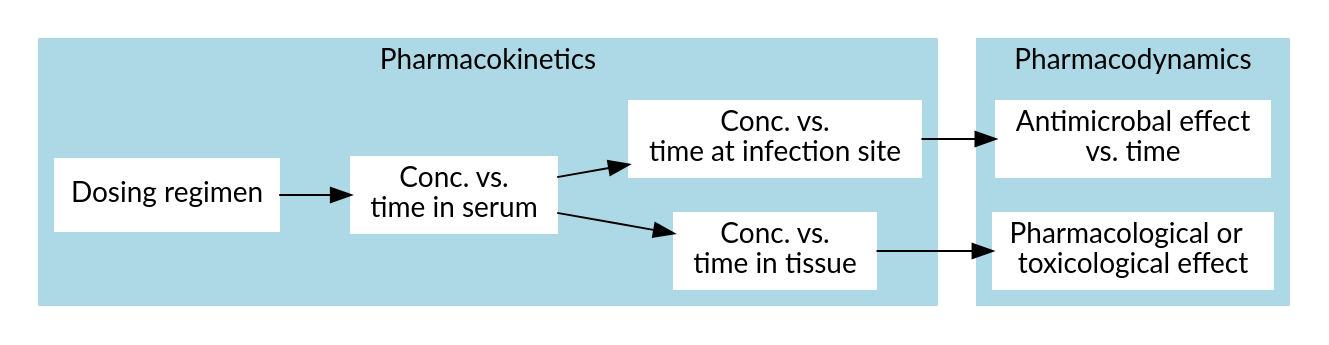
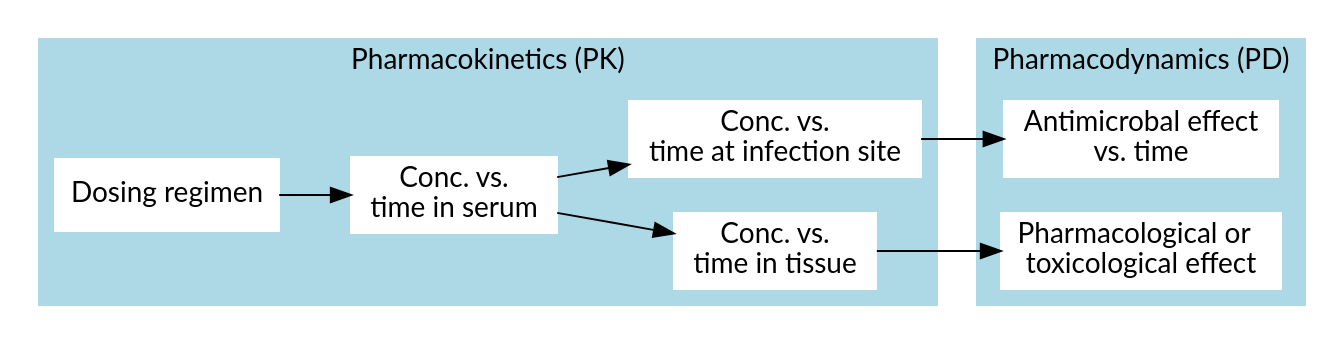
The third of 3 diagrams in Lecture1.qmd (Russlewisbo/antibioticprinciples), drawn with Graphviz before and after one commit. The commit also changed 2 other files, not shown here.

Commit message:
revision

````diff
--- a/Lecture1.qmd
+++ b/Lecture1.qmd
@@ -105,37 +105,42 @@
 ```{dot}
 digraph G {
  	rankdir=LR
  	fontname="Lato,Arial,sans-serif"
 	node [fontname="Lato,Arial,sans-serif"]
 	edge [fontname="Lato,Arial,sans-serif"]
  
   subgraph cluster_0 {
     style=filled;
     color=lightblue;
     node [style=filled,color=white];
     start -> dosing;
     dosing -> tissue;
     dosing -> infection;
-    label = "Pharmacokinetics";
+    label = "Pharmacokinetics (PK)";
+    graph [labelloc=a]
+    
+    
     
   }
   
     subgraph cluster_1 {
     line=black;
     style=filled;
     color=lightblue;
     node [style=filled,color=white];
   tissue->PD1
     infection-> PD2;
-    label = "Pharmacodynamics";
+    label = "Pharmacodynamics (PD)";
   }
   
  
   start [shape=Box, label="Dosing regimen"];
   dosing [shape=rectangle, style=filled,color=white, label="Conc. vs. \n time in serum"];
   tissue [shape=rectangle, style=filled,color=white, label="Conc. vs. \n time in tissue"];
   infection [shape=rectangle, style=filled, color=white, label="Conc. vs. \n time at infection site"];
   PD1 [shape=rectangle, label="Pharmacological or  \n toxicological effect"]; 
   PD2 [shape=rectangle, label="Antimicrobal effect \n vs. time"];
 }
+
+
 ```
````
